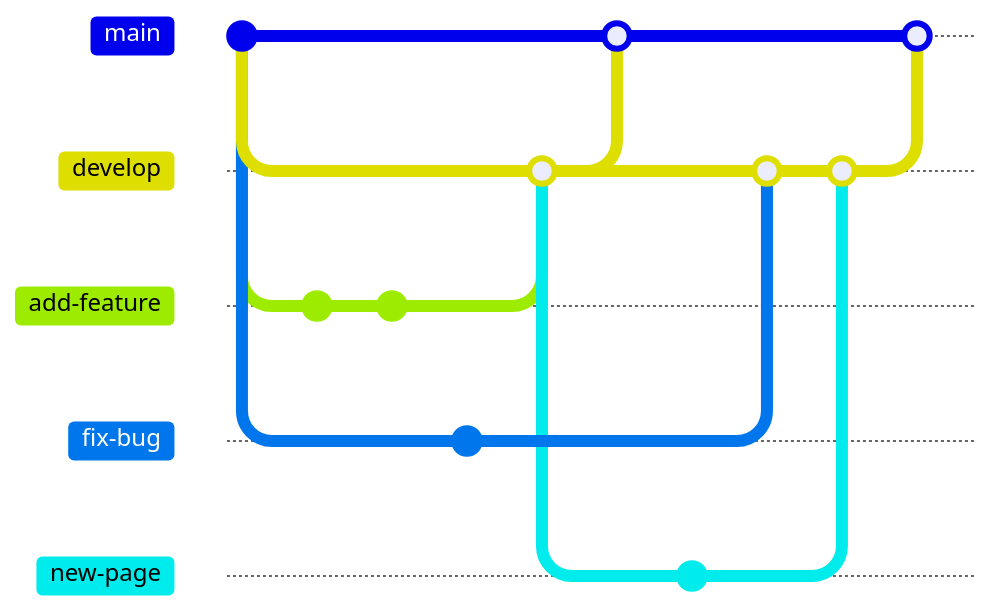
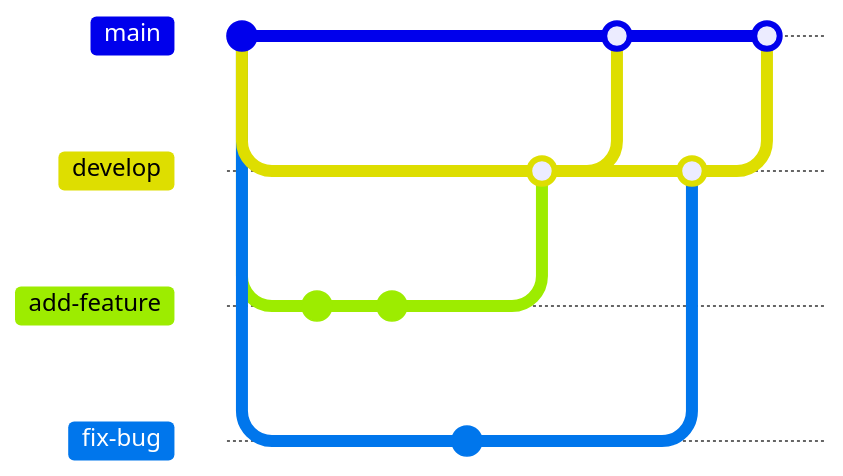
Before and after one commit to ivylikethevine/ivylikethevine: the first of 2 diagrams in content/projects/site.md, drawn with Mermaid. The commit also changed other lines of this file and 7 other files, not shown here. Commit ids are hidden.

```diff
--- a/content/projects/site.md
+++ b/content/projects/site.md
@@ -64,26 +63,22 @@
 {{< mermaid >}}
 gitGraph
     commit
     branch develop
     checkout develop
     branch add-feature
     checkout add-feature
     commit
     commit
     checkout develop
     branch fix-bug
     checkout fix-bug
     commit
     checkout develop
     merge add-feature
     checkout main
     merge develop
     checkout develop
-    branch new-page
-    commit
-    checkout develop
     merge fix-bug
-    merge new-page
     checkout main
     merge develop
 {{< /mermaid >}}
```
